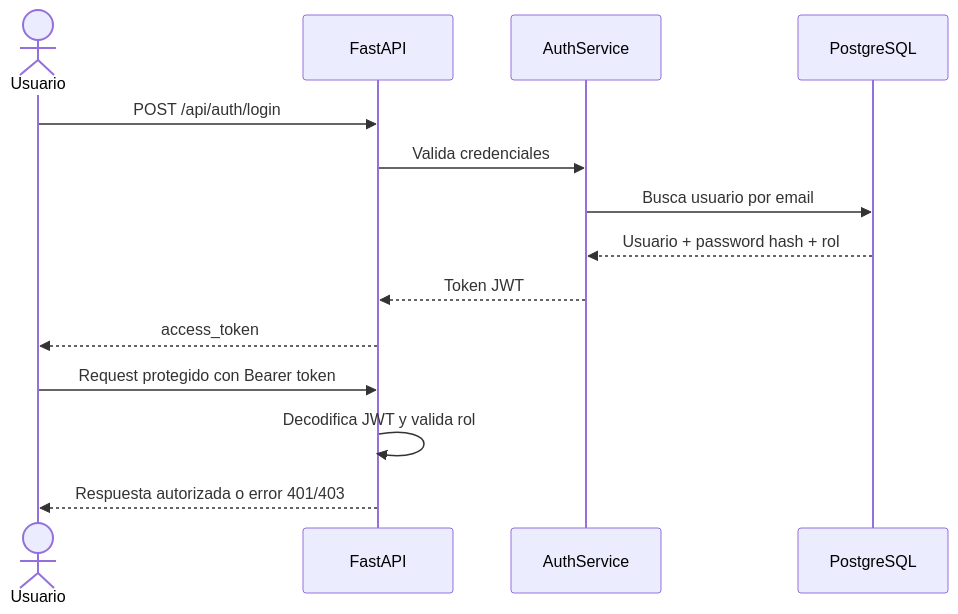
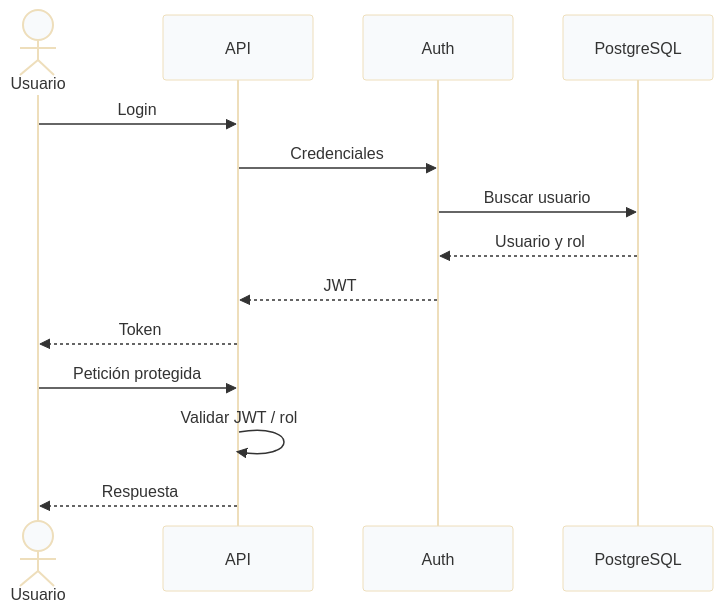
The second of 4 diagrams in INFORME.md (AndresEncalada/sistema-reserva-hoteles), drawn with Mermaid before and after one commit. The commit also changed other lines of this file, not shown here.

Commit message:
docs: compact diagrams for A4 export

````diff
--- a/INFORME.md
+++ b/INFORME.md
@@ -270,17 +271,18 @@
 ```mermaid
+%%{init: {"theme": "base", "themeVariables": {"fontSize": "11px", "actorBkg": "#f8fafc"}}}%%
 sequenceDiagram
     actor Usuario
-    participant API as FastAPI
-    participant Auth as AuthService
+    participant API
+    participant Auth
     participant DB as PostgreSQL
 
-    Usuario->>API: POST /api/auth/login
-    API->>Auth: Valida credenciales
-    Auth->>DB: Busca usuario por email
-    DB-->>Auth: Usuario + password hash + rol
-    Auth-->>API: Token JWT
-    API-->>Usuario: access_token
-    Usuario->>API: Request protegido con Bearer token
-    API->>API: Decodifica JWT y valida rol
-    API-->>Usuario: Respuesta autorizada o error 401/403
+    Usuario->>API: Login
+    API->>Auth: Credenciales
+    Auth->>DB: Buscar usuario
+    DB-->>Auth: Usuario y rol
+    Auth-->>API: JWT
+    API-->>Usuario: Token
+    Usuario->>API: Petición protegida
+    API->>API: Validar JWT / rol
+    API-->>Usuario: Respuesta
 ```
````
